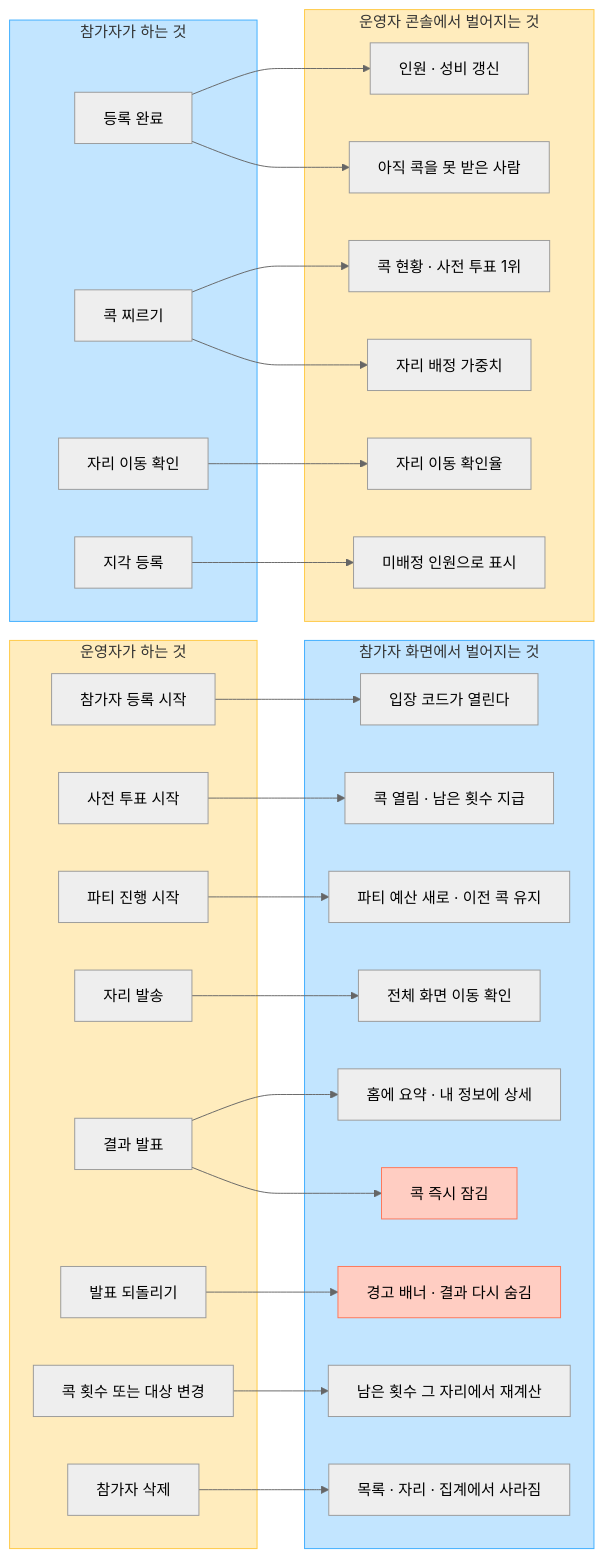
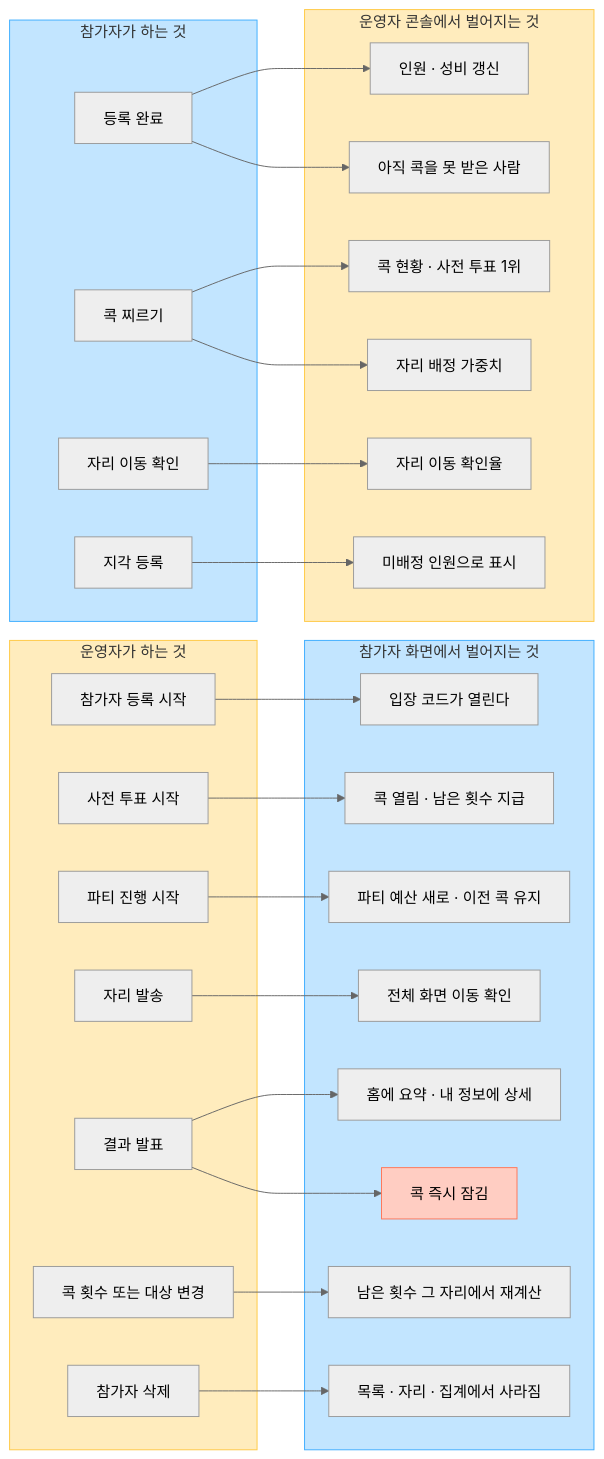
Before and after one commit to xcellentbird/tone-pick: the third of 6 diagrams in docs/USER-FLOWS.md, drawn with Mermaid (neutral theme). The commit also changed other lines of this file and 13 other files, not shown here.

````diff
--- a/docs/USER-FLOWS.md
+++ b/docs/USER-FLOWS.md
@@ -136,65 +136,61 @@
 ```mermaid
 flowchart LR
     subgraph host ["운영자가 하는 것"]
         hReg["참가자 등록 시작"]
         hPre["사전 투표 시작"]
         hParty["파티 진행 시작"]
         hSeat["자리 발송"]
         hReveal["결과 발표"]
-        hUndo["발표 되돌리기"]
         hConfig["콕 횟수 또는 대상 변경"]
         hDelete["참가자 삭제"]
     end
 
     subgraph guest ["참가자 화면에서 벌어지는 것"]
         gOpen["입장 코드가 열린다"]
         gPoke["콕 열림 · 남은 횟수 지급"]
         gBudget["파티 예산 새로 · 이전 콕 유지"]
         gSeat["전체 화면 이동 확인"]
         gResult["홈에 요약 · 내 정보에 상세"]
         gLock["콕 즉시 잠김"]
-        gHidden["경고 배너 · 결과 다시 숨김"]
         gRecalc["남은 횟수 그 자리에서 재계산"]
         gGone["목록 · 자리 · 집계에서 사라짐"]
     end
 
     subgraph back ["참가자가 하는 것"]
         pJoin["등록 완료"]
         pPoke["콕 찌르기"]
         pAck["자리 이동 확인"]
         pLate["지각 등록"]
     end
 
     subgraph cons ["운영자 콘솔에서 벌어지는 것"]
         cCount["인원 · 성비 갱신"]
         cNoPoke["아직 콕을 못 받은 사람"]
         cRank["콕 현황 · 사전 투표 1위"]
         cWeight["자리 배정 가중치"]
         cAck["자리 이동 확인율"]
         cUnassigned["미배정 인원으로 표시"]
     end
 
     hReg --> gOpen
     hPre --> gPoke
     hParty --> gBudget
     hSeat --> gSeat
     hReveal --> gResult
     hReveal --> gLock
-    hUndo --> gHidden
     hConfig --> gRecalc
     hDelete --> gGone
 
     pJoin --> cCount
     pJoin --> cNoPoke
     pPoke --> cRank
     pPoke --> cWeight
     pAck --> cAck
     pLate --> cUnassigned
 
     style host fill:#FFECBD,stroke:#FFC943
     style cons fill:#FFECBD,stroke:#FFC943
     style guest fill:#C2E5FF,stroke:#3DADFF
     style back fill:#C2E5FF,stroke:#3DADFF
     style gLock fill:#FFCDC2,stroke:#FF7556
-    style gHidden fill:#FFCDC2,stroke:#FF7556
 ```
````
